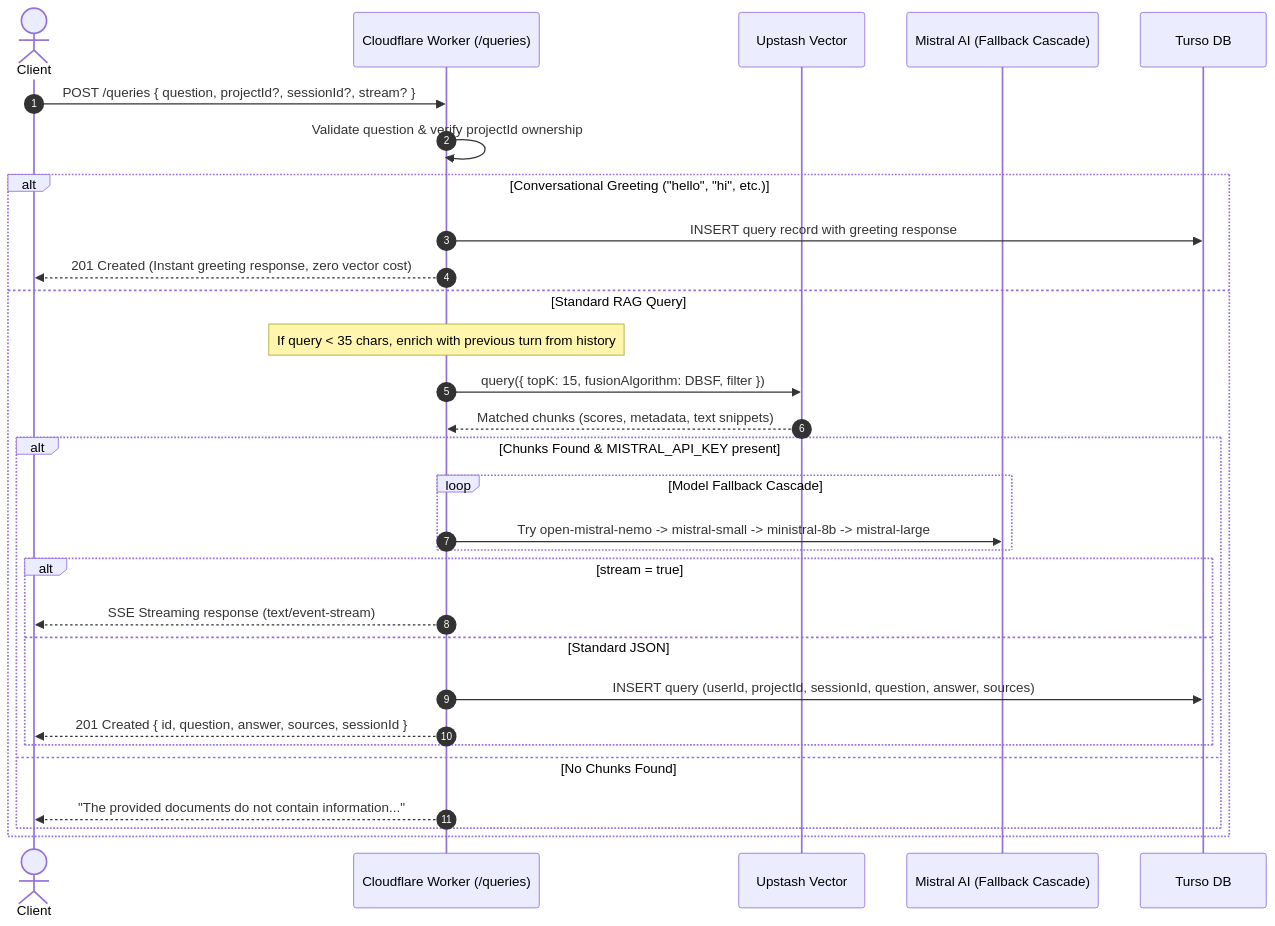
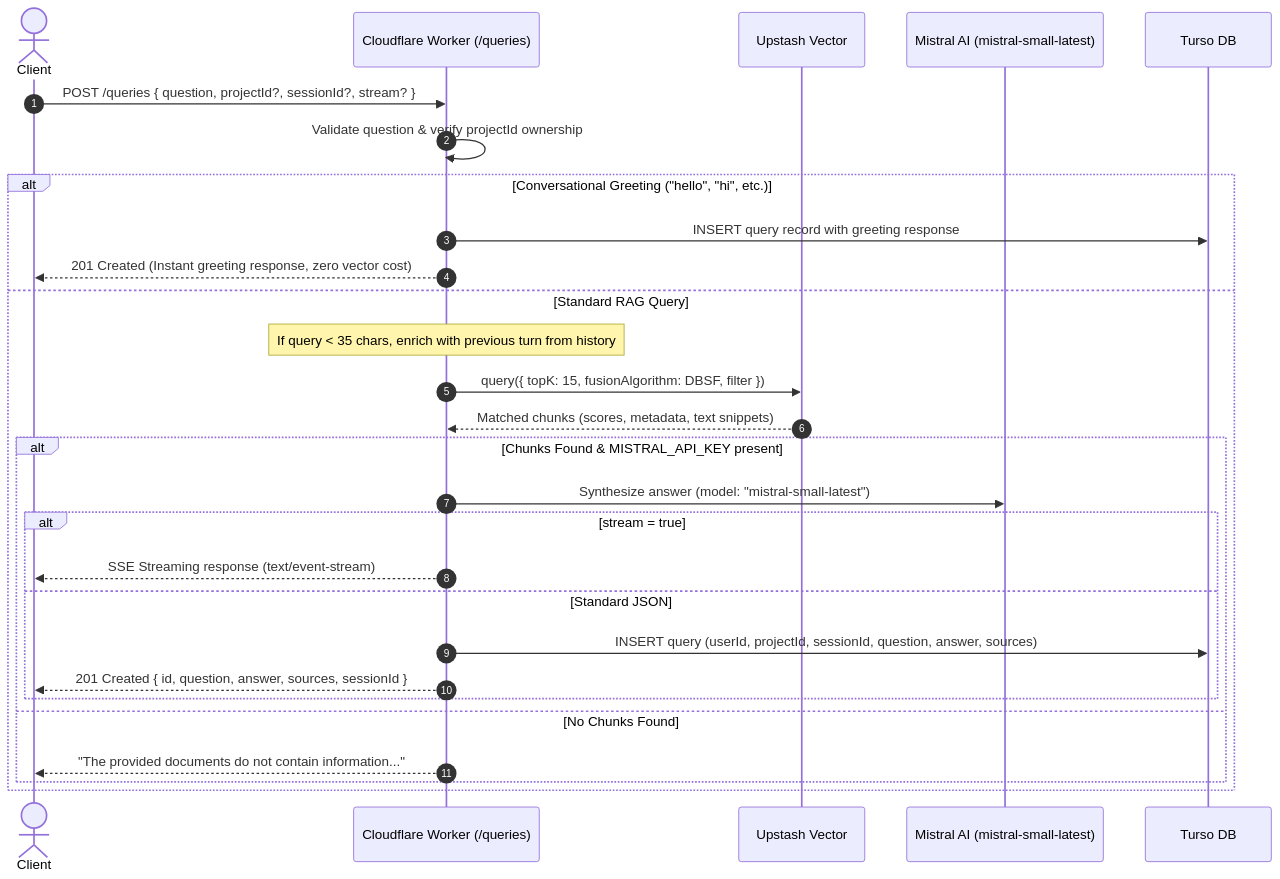
Before and after one commit to BasavarajMuttagi/file-sense-worker: the fourth of 5 diagrams in ARCHITECTURE.md, drawn with Mermaid. The commit also changed other lines of this file and 4 other files, not shown here.

Commit message:
refactor: pass pipeline parameters via environment variables and simplify Mistral model execution

````diff
--- a/ARCHITECTURE.md
+++ b/ARCHITECTURE.md
@@ -296,39 +292,37 @@
 ```mermaid
 sequenceDiagram
     autonumber
     actor Client
     participant Worker as Cloudflare Worker (/queries)
     participant Upstash as Upstash Vector
-    participant Mistral as Mistral AI (Fallback Cascade)
+    participant Mistral as Mistral AI (mistral-small-latest)
     participant Turso as Turso DB
 
     Client->>Worker: POST /queries { question, projectId?, sessionId?, stream? }
     Worker->>Worker: Validate question & verify projectId ownership
 
     alt Conversational Greeting ("hello", "hi", etc.)
         Worker->>Turso: INSERT query record with greeting response
         Worker-->>Client: 201 Created (Instant greeting response, zero vector cost)
     else Standard RAG Query
         %% Short-query enrichment
         Note over Worker: If query < 35 chars, enrich with previous turn from history
 
         %% Hybrid Vector Search
         Worker->>Upstash: query({ topK: 15, fusionAlgorithm: DBSF, filter })
         Upstash-->>Worker: Matched chunks (scores, metadata, text snippets)
 
-        %% Multi-Model LLM Synthesis
+        %% Direct LLM Synthesis
         alt Chunks Found & MISTRAL_API_KEY present
-            loop Model Fallback Cascade
-                Worker->>Mistral: Try open-mistral-nemo -> mistral-small -> ministral-8b -> mistral-large
-            end
+            Worker->>Mistral: Synthesize answer (model: "mistral-small-latest")
             alt stream = true
                 Worker-->>Client: SSE Streaming response (text/event-stream)
             else Standard JSON
                 Worker->>Turso: INSERT query (userId, projectId, sessionId, question, answer, sources)
                 Worker-->>Client: 201 Created { id, question, answer, sources, sessionId }
             end
         else No Chunks Found
             Worker-->>Client: "The provided documents do not contain information..."
         end
     end
 ```
````
